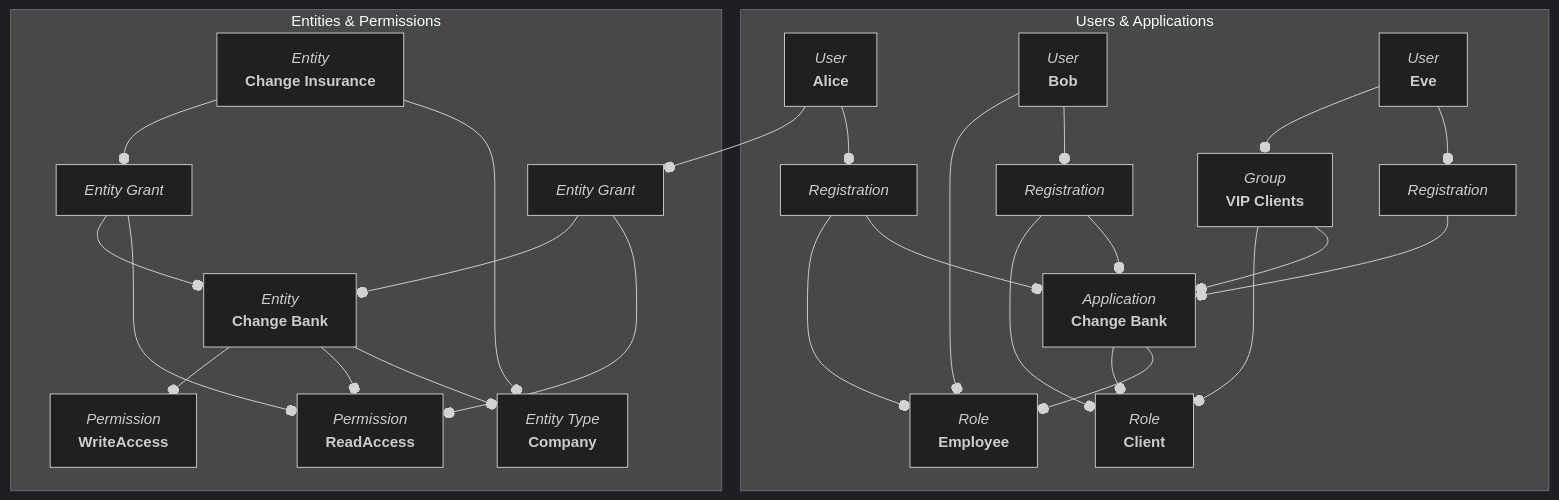
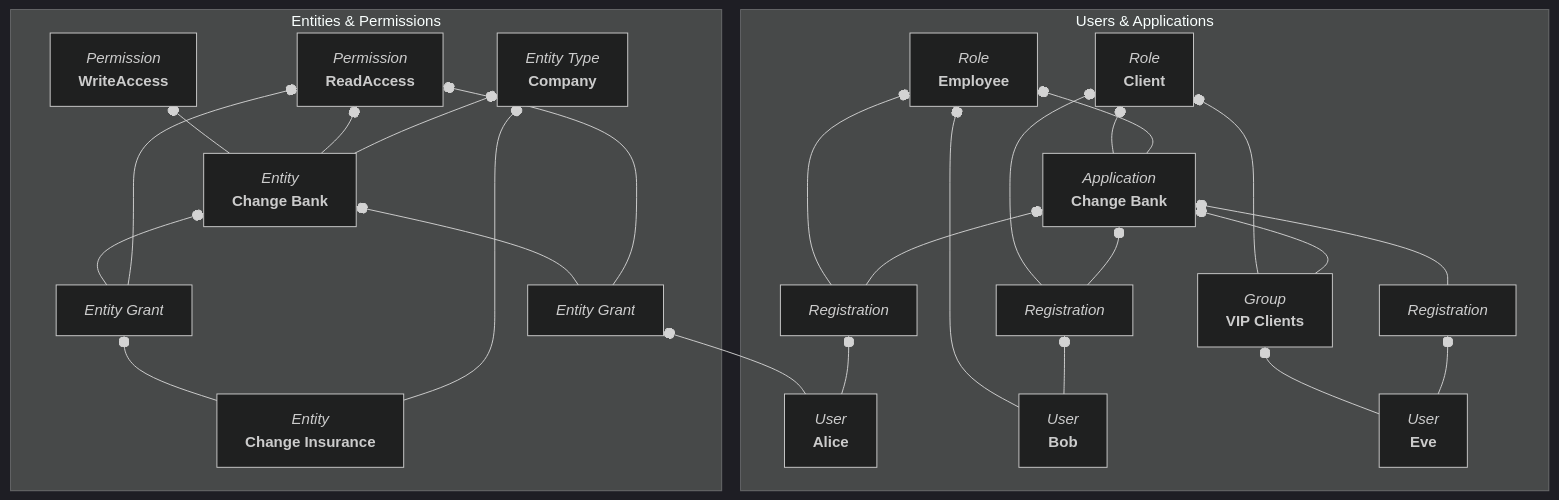
Before and after one commit to FusionAuth/fusionauth-site: the diagram in astro/src/content/docs/extend/examples/modeling-hierarchies.mdx, drawn with Mermaid (dark theme). The commit also changed other lines of this file, not shown here.

````diff
--- a/astro/src/content/docs/extend/examples/modeling-hierarchies.mdx
+++ b/astro/src/content/docs/extend/examples/modeling-hierarchies.mdx
@@ -77,50 +77,50 @@
 ```mermaid
-graph TB
+graph BT
   subgraph Users & Applications
     n1["`*Application*
     **Change Bank**`"]
     n2["`*User*
     **Alice**`"]
     n3["`*Registration*`"]
     n4["`*Role*
     **Employee**`"]
     n5["`*Role*
     **Client**`"]
     n6["`*User*
     **Bob**`"]
     n7["`*Registration*`"]
     n8["`*User*
     **Eve**`"]
     n9["`*Registration*`"]
     n10["`*Group*
     **VIP Clients**`"]
   end
 
   subgraph Entities & Permissions
     n11["`*Entity Type*
     **Company**`"]
     n12["`*Entity*
     **Change Bank**`"]
     n13["`*Permission*
     **ReadAccess**`"]
     n14["`*Permission*
     **WriteAccess**`"]
     n15["`*Entity*
     **Change Insurance**`"]
     n16["`*Entity Grant*`"]
     n17["`*Entity Grant*`"]
   end
 
   n1 --o n4 & n5
   n2 --o n3 & n17
   n3 --o n1 & n4
   n6 --o n7 & n4
   n7 --o n1 & n5
   n8 --o n9 & n10
   n9 --o n1
   n10 --o n1 & n5
   n12 --o n11 & n13 & n14
   n15 --o n11 & n16
   n16 --o n13 & n12
   n17 --o n13 & n12
 ```
````
